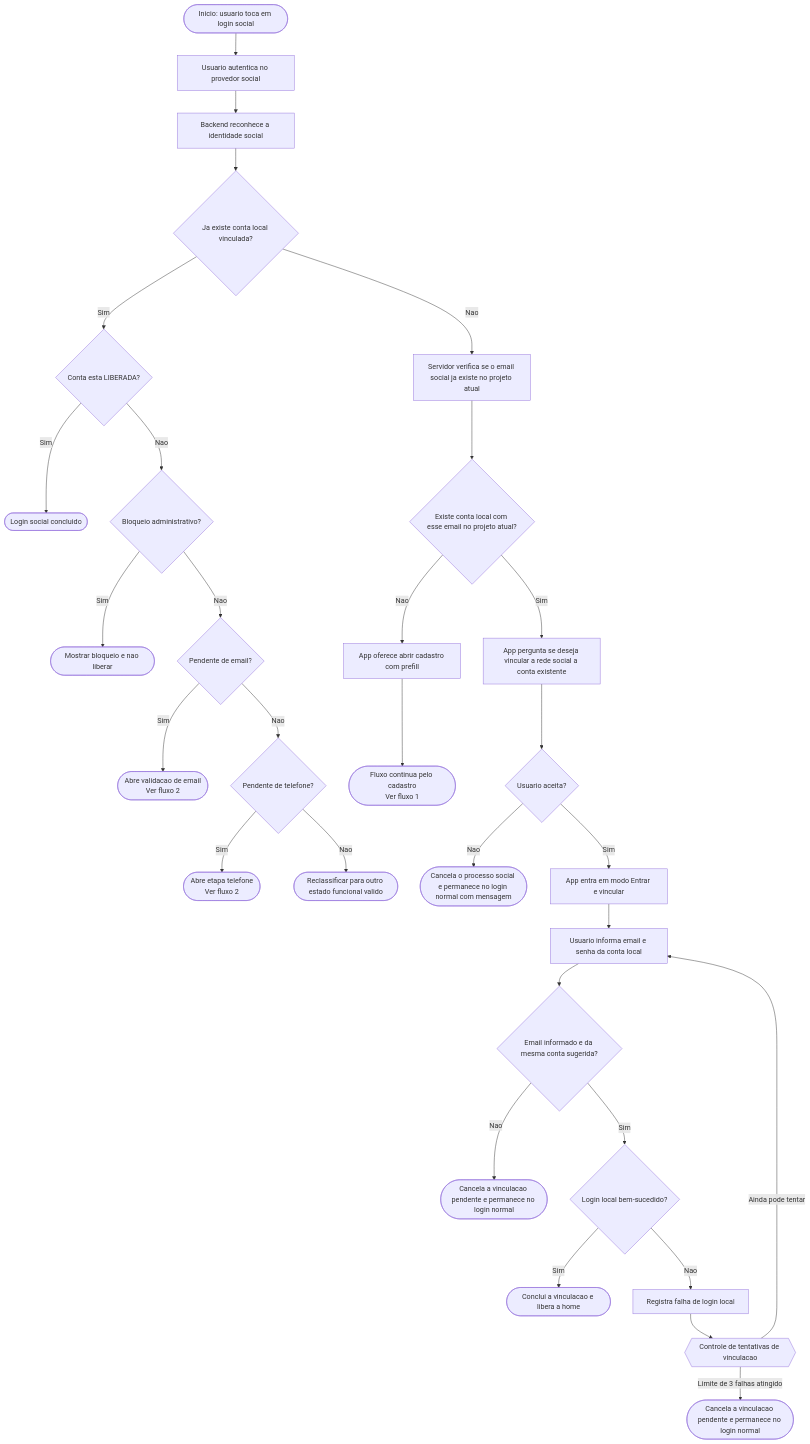
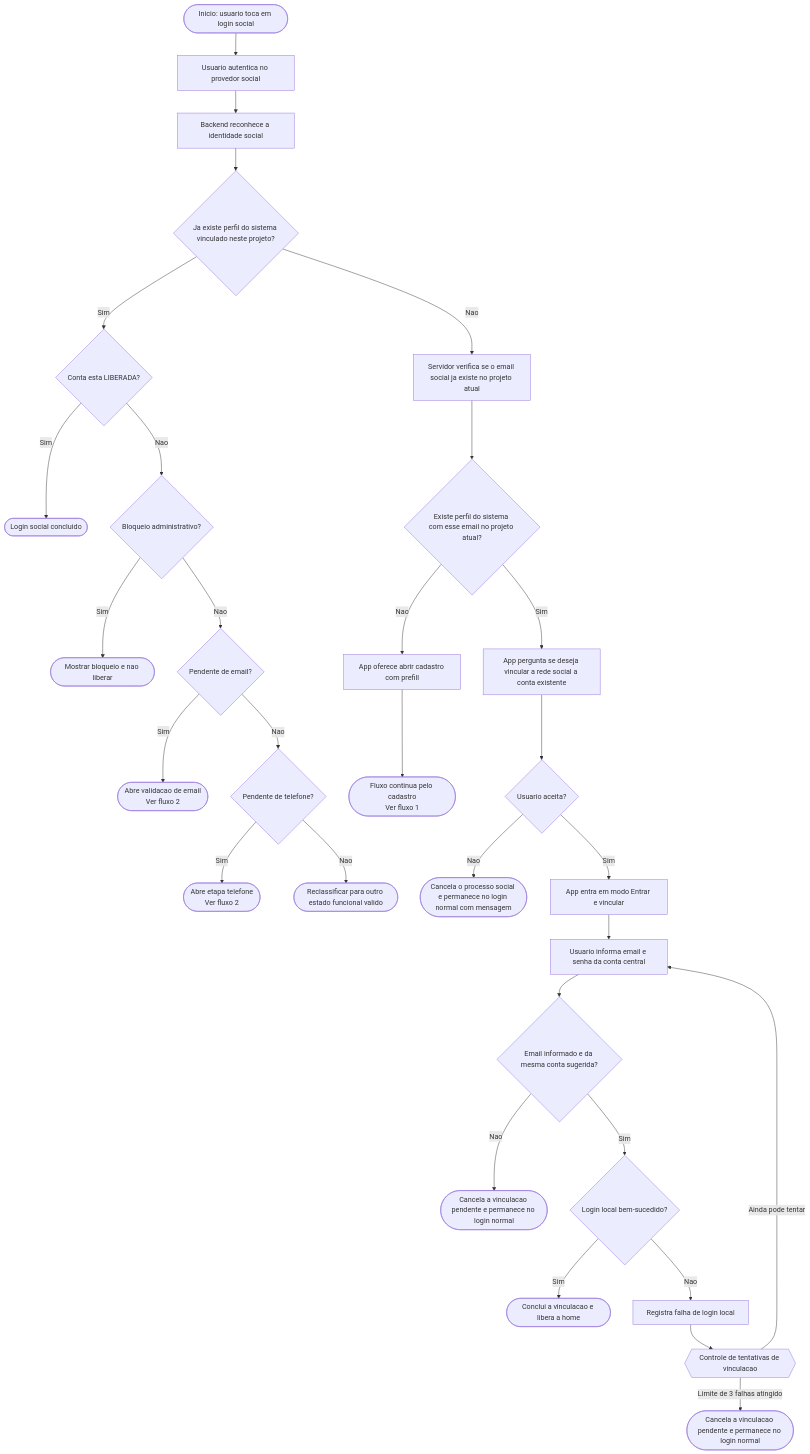
The fifth of 5 diagrams in documentacao/fluxogramas_fluxos_publicos_regra_funcional_em_fechamento.md (pedrosotc/eickrono-autenticacao-servidor), drawn with Mermaid before and after one commit. The commit also changed other lines of this file and 109 other files, not shown here.

````diff
--- a/documentacao/fluxogramas_fluxos_publicos_regra_funcional_em_fechamento.md
+++ b/documentacao/fluxogramas_fluxos_publicos_regra_funcional_em_fechamento.md
@@ -208,33 +208,33 @@
 ```mermaid
 flowchart TD
     A([Inicio: usuario toca em login social]) --> B[Usuario autentica no provedor social]
     B --> C[Backend reconhece a identidade social]
-    C --> D{Ja existe conta local vinculada?}
+    C --> D{Ja existe perfil do sistema vinculado neste projeto?}
     D -- Sim --> G{Conta esta LIBERADA?}
     G -- Sim --> H([Login social concluido])
     G -- Nao --> I{Bloqueio administrativo?}
     I -- Sim --> J([Mostrar bloqueio e nao liberar])
     I -- Nao --> K{Pendente de email?}
     K -- Sim --> L([Abre validacao de email<br/>Ver fluxo 2])
     K -- Nao --> M{Pendente de telefone?}
     M -- Sim --> N([Abre etapa telefone<br/>Ver fluxo 2])
     M -- Nao --> O([Reclassificar para outro estado funcional valido])
 
     D -- Nao --> P[Servidor verifica se o email social ja existe no projeto atual]
-    P --> Q{Existe conta local com esse email no projeto atual?}
+    P --> Q{Existe perfil do sistema com esse email no projeto atual?}
     Q -- Nao --> R[App oferece abrir cadastro com prefill]
     R --> S([Fluxo continua pelo cadastro<br/>Ver fluxo 1])
     Q -- Sim --> T[App pergunta se deseja vincular a rede social a conta existente]
     T --> U{Usuario aceita?}
     U -- Nao --> V([Cancela o processo social e permanece no login normal com mensagem])
     U -- Sim --> W[App entra em modo Entrar e vincular]
-    W --> X[Usuario informa email e senha da conta local]
+    W --> X[Usuario informa email e senha da conta central]
     X --> Y{Email informado e da mesma conta sugerida?}
     Y -- Nao --> Z([Cancela a vinculacao pendente e permanece no login normal])
     Y -- Sim --> A1{Login local bem-sucedido?}
     A1 -- Sim --> A2([Conclui a vinculacao e libera a home])
     A1 -- Nao --> A3[Registra falha de login local]
     A3 --> A4{{Controle de tentativas de vinculacao}}
     A4 -- Ainda pode tentar --> X
     A4 -- Limite de 3 falhas atingido --> A5([Cancela a vinculacao pendente e permanece no login normal])
 ```
````
